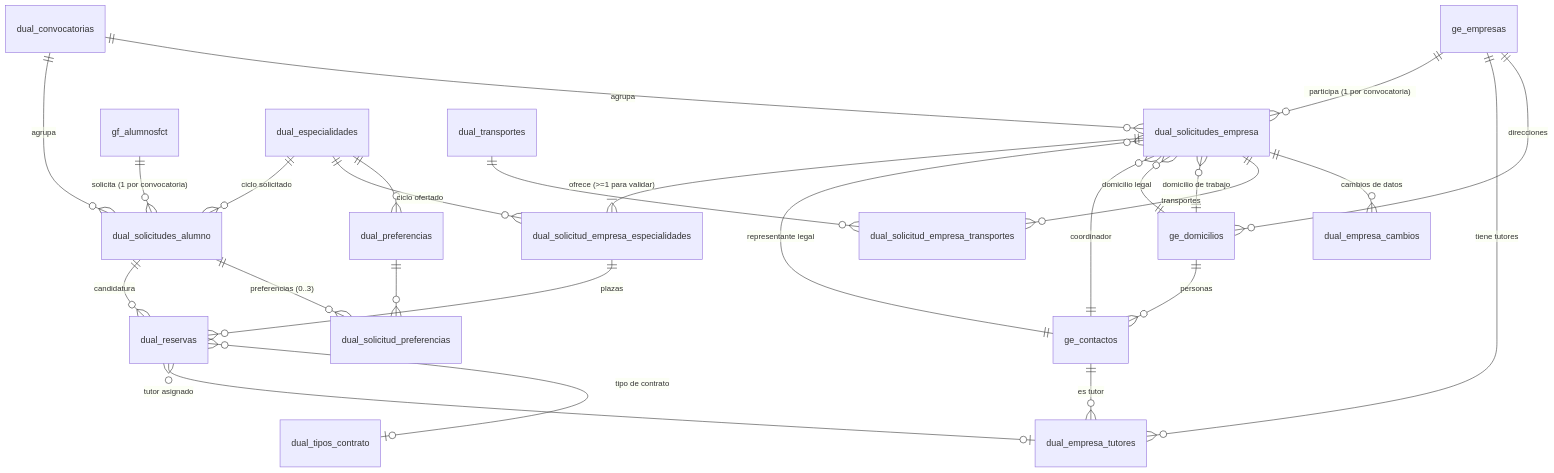
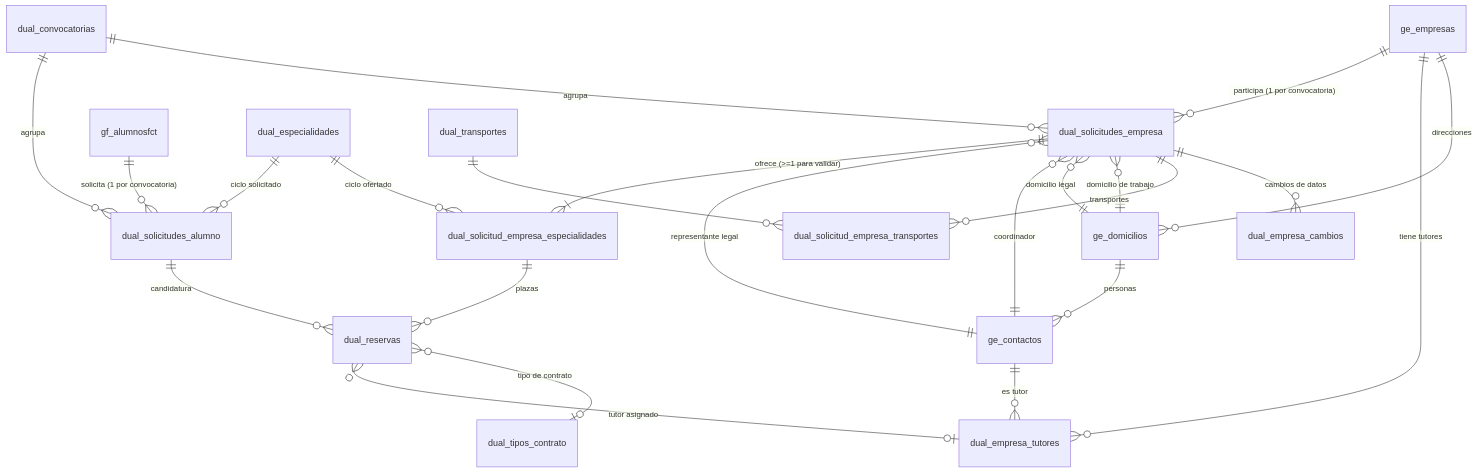
The first of 2 diagrams in docs/tecnica/base-de-datos/relaciones.md (Katelynshapoval/Gestor-FP-Dual), drawn with Mermaid before and after one commit. The commit also changed other lines of this file and 29 other files, not shown here.

````diff
--- a/docs/tecnica/base-de-datos/relaciones.md
+++ b/docs/tecnica/base-de-datos/relaciones.md
@@ -7,28 +7,25 @@
 ```mermaid
 erDiagram
   dual_convocatorias ||--o{ dual_solicitudes_alumno : "agrupa"
   dual_convocatorias ||--o{ dual_solicitudes_empresa : "agrupa"
   gf_alumnosfct ||--o{ dual_solicitudes_alumno : "solicita (1 por convocatoria)"
   dual_especialidades ||--o{ dual_solicitudes_alumno : "ciclo solicitado"
   ge_empresas ||--o{ dual_solicitudes_empresa : "participa (1 por convocatoria)"
   dual_solicitudes_empresa ||--|{ dual_solicitud_empresa_especialidades : "ofrece (>=1 para validar)"
   dual_especialidades ||--o{ dual_solicitud_empresa_especialidades : "ciclo ofertado"
   dual_solicitud_empresa_especialidades ||--o{ dual_reservas : "plazas"
   dual_solicitudes_alumno ||--o{ dual_reservas : "candidatura"
   dual_reservas }o--o| dual_empresa_tutores : "tutor asignado"
   dual_reservas }o--o| dual_tipos_contrato : "tipo de contrato"
   ge_empresas ||--o{ dual_empresa_tutores : "tiene tutores"
   ge_contactos ||--o{ dual_empresa_tutores : "es tutor"
   dual_solicitudes_empresa }o--|| ge_contactos : "representante legal"
   dual_solicitudes_empresa }o--|| ge_contactos : "coordinador"
   dual_solicitudes_empresa }o--|| ge_domicilios : "domicilio legal"
   dual_solicitudes_empresa }o--|| ge_domicilios : "domicilio de trabajo"
   ge_empresas ||--o{ ge_domicilios : "direcciones"
   ge_domicilios ||--o{ ge_contactos : "personas"
   dual_solicitudes_empresa ||--o{ dual_solicitud_empresa_transportes : "transportes"
   dual_transportes ||--o{ dual_solicitud_empresa_transportes : ""
   dual_solicitudes_empresa ||--o{ dual_empresa_cambios : "cambios de datos"
-  dual_solicitudes_alumno ||--o{ dual_solicitud_preferencias : "preferencias (0..3)"
-  dual_preferencias ||--o{ dual_solicitud_preferencias : ""
-  dual_especialidades ||--o{ dual_preferencias : ""
 ```
````
